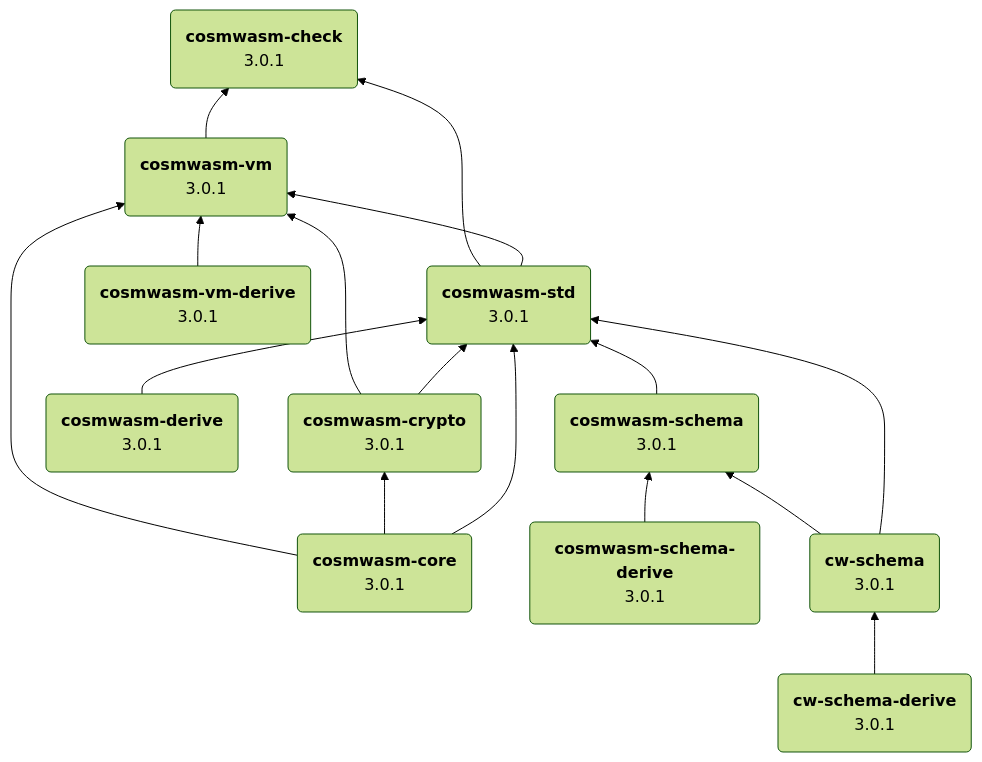
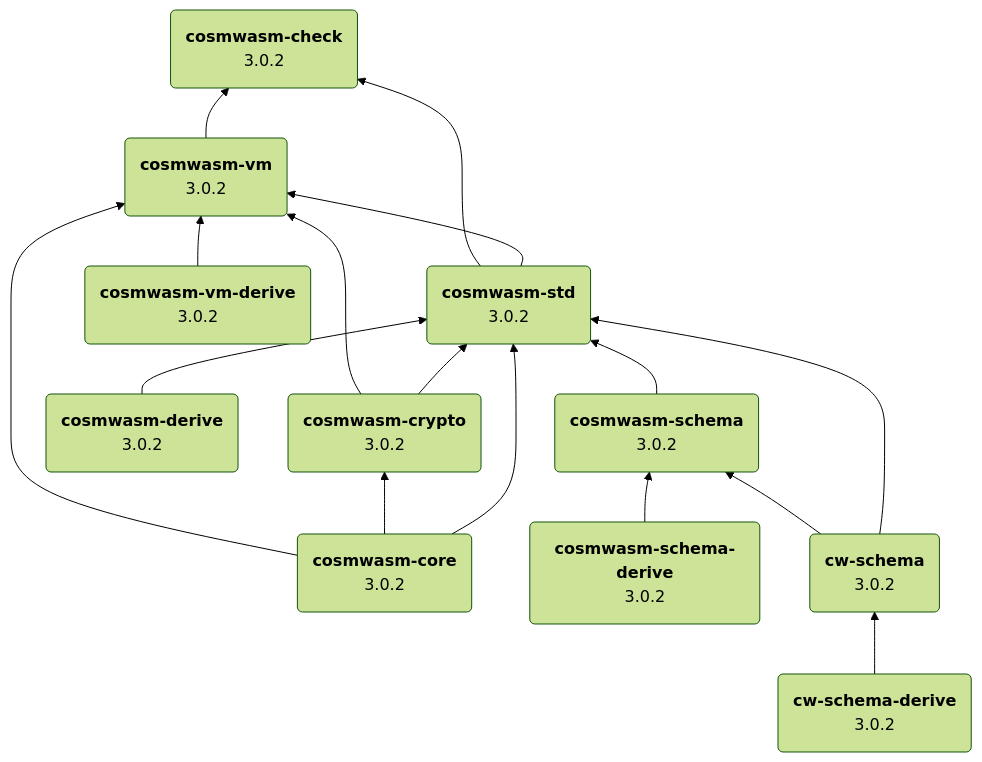
One commit to CosmWasm/cosmwasm changed the diagram in README.md. Above: the diagram before and after it, drawn with Mermaid.

Commit message:
Bumped released versions in crate diagram.

````diff
--- a/README.md
+++ b/README.md
@@ -114,56 +114,56 @@
 ```mermaid
 ---
 config:
   theme: 'forest'
 ---
 
 graph BT
     A("`**cosmwasm-core**
-        3.0.1`")
+        3.0.2`")
  
     B("`**cosmwasm-std**
-        3.0.1`")
+        3.0.2`")
  
     C("`**cosmwasm-crypto**
-        3.0.1`")
+        3.0.2`")
         
     D("`**cosmwasm-vm**
-        3.0.1`")
+        3.0.2`")
         
     E("`**cosmwasm-vm-derive**
-        3.0.1`")
+        3.0.2`")
         
     F("`**cosmwasm-derive**
-        3.0.1`")    
+        3.0.2`")    
         
     G("`**cosmwasm-schema**
-        3.0.1`")
+        3.0.2`")
 
     H("`**cosmwasm-schema-derive**
-        3.0.1`")
+        3.0.2`")
         
     I("`**cosmwasm-check**
-        3.0.1`")
+        3.0.2`")
         
     J("`**cw-schema**
-        3.0.1`")
+        3.0.2`")
 
     K("`**cw-schema-derive**
-        3.0.1`")
+        3.0.2`")
         
     A --> B
     A --> C
     A --> D
     C --> B
     C --> D
     B --> D
     E --> D
     F --> B
     H --> G
     B --> I
     D --> I
     G --> B
     J --> B
     J --> G
     K --> J
 ```
````
